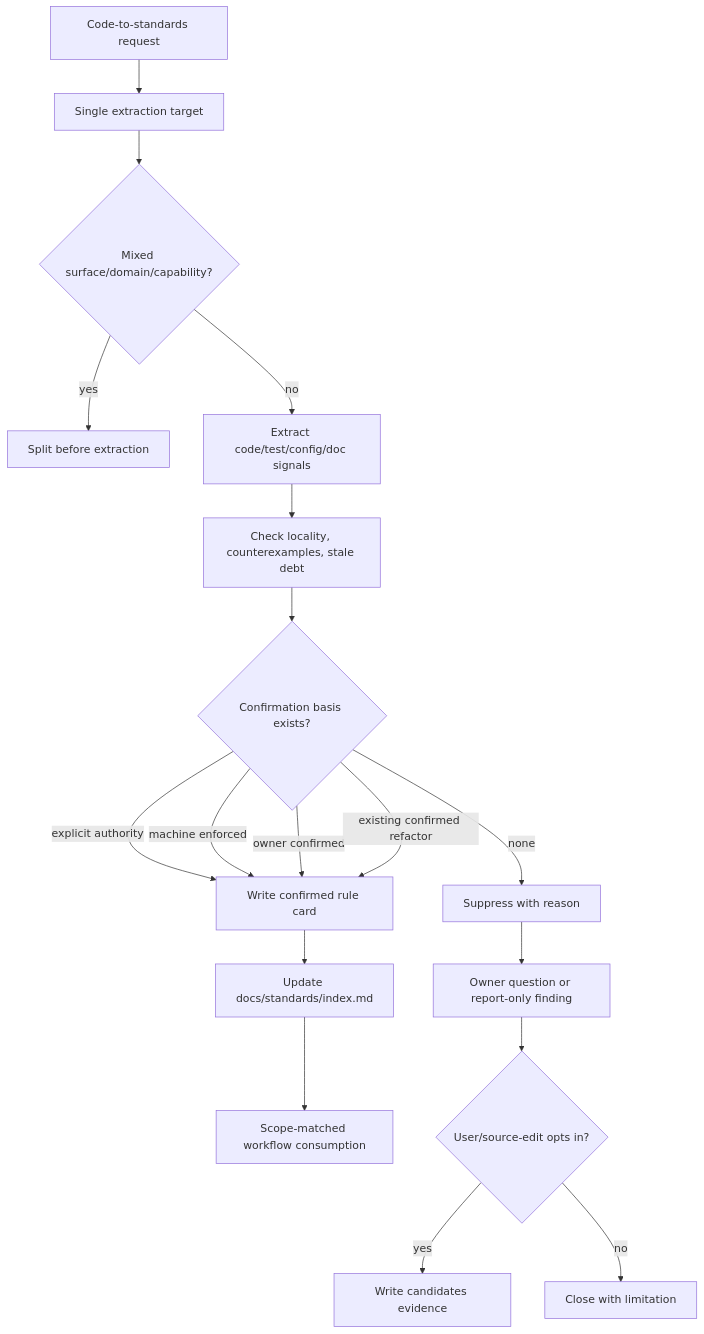
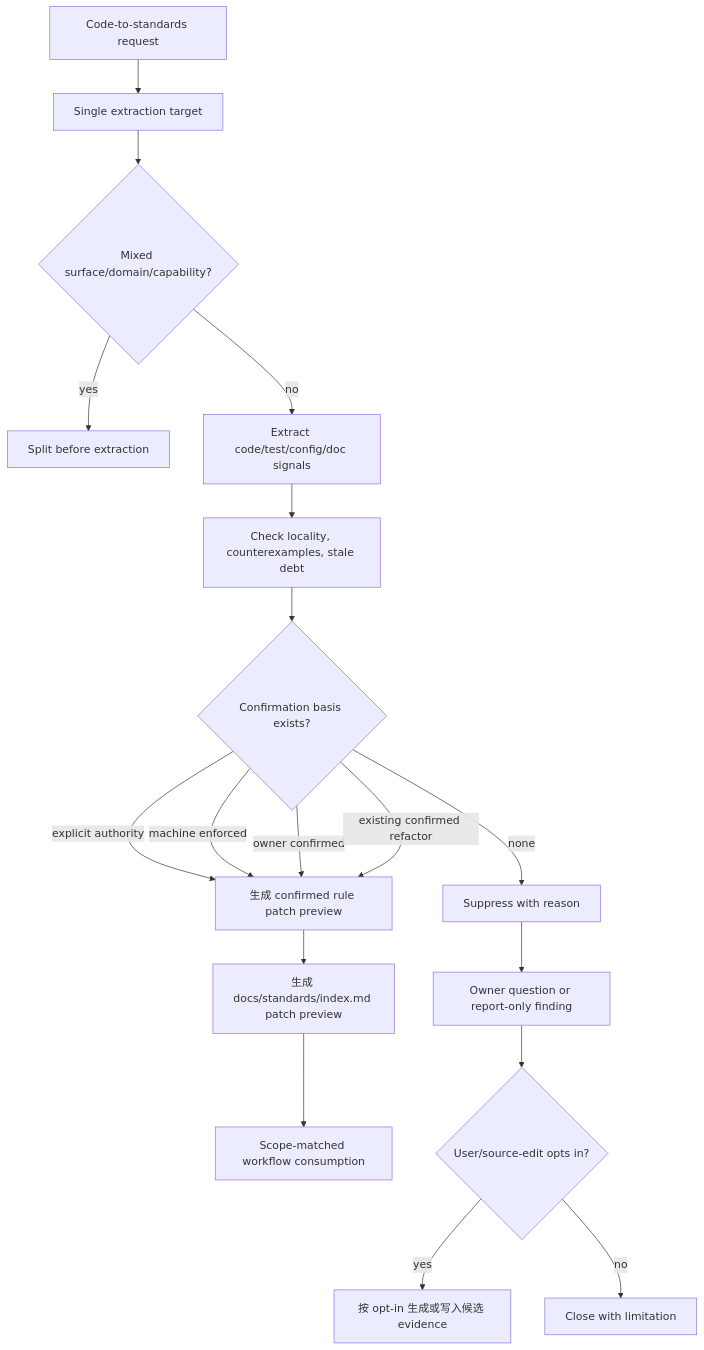
One commit to leo-kuang-ai/spec-first changed the first of 2 diagrams in docs/plans/2026-07-05-002-refactor-confirmed-code-standards-extraction-plan.md. Above: the diagram before and after it, drawn with Mermaid. The commit also changed other lines of this file and 3 other files, not shown here.

````diff
--- a/docs/plans/2026-07-05-002-refactor-confirmed-code-standards-extraction-plan.md
+++ b/docs/plans/2026-07-05-002-refactor-confirmed-code-standards-extraction-plan.md
@@ -188,20 +189,20 @@
 ```mermaid
 flowchart TB
   Request[Code-to-standards request] --> Target[Single extraction target]
   Target --> Split{Mixed surface/domain/capability?}
   Split -->|yes| StopSplit[Split before extraction]
   Split -->|no| Signals[Extract code/test/config/doc signals]
   Signals --> Counter[Check locality, counterexamples, stale debt]
   Counter --> Basis{Confirmation basis exists?}
-  Basis -->|explicit authority| Confirmed[Write confirmed rule card]
+  Basis -->|explicit authority| Confirmed[生成 confirmed rule patch preview]
   Basis -->|machine enforced| Confirmed
   Basis -->|owner confirmed| Confirmed
   Basis -->|existing confirmed refactor| Confirmed
   Basis -->|none| Suppress[Suppress with reason]
-  Confirmed --> Index[Update docs/standards/index.md]
+  Confirmed --> Index[生成 docs/standards/index.md patch preview]
   Index --> Downstream[Scope-matched workflow consumption]
   Suppress --> Owner[Owner question or report-only finding]
   Owner --> CandidateOptIn{User/source-edit opts in?}
-  CandidateOptIn -->|yes| Candidate[Write candidates evidence]
+  CandidateOptIn -->|yes| Candidate[按 opt-in 生成或写入候选 evidence]
   CandidateOptIn -->|no| Report[Close with limitation]
 ```
````
